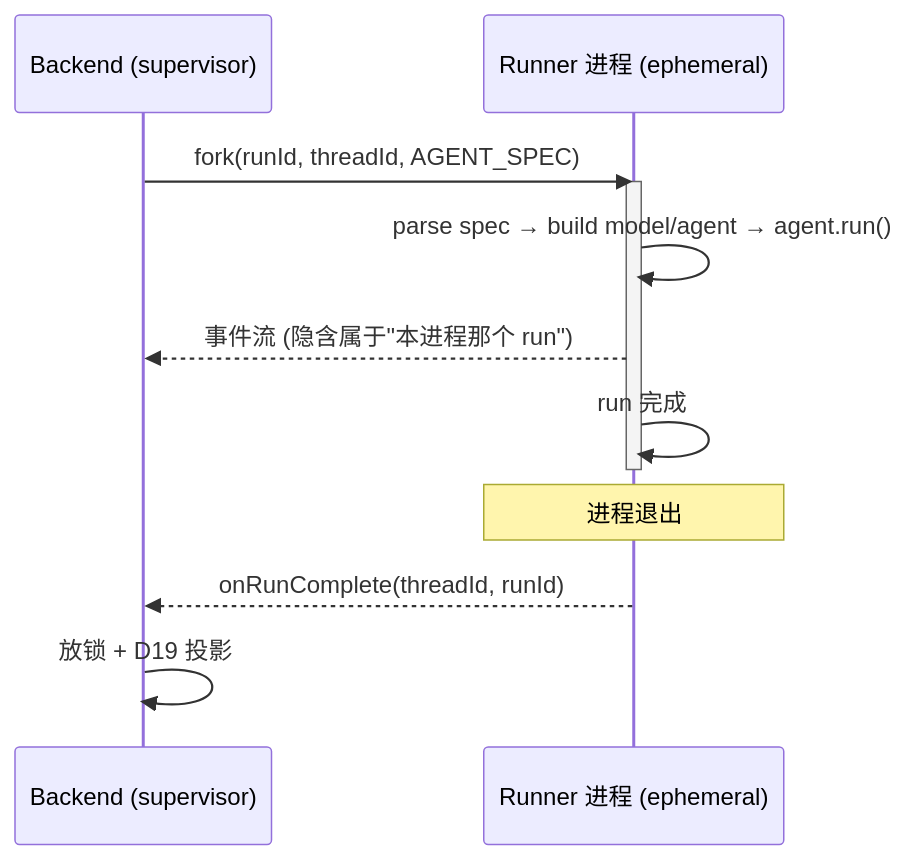
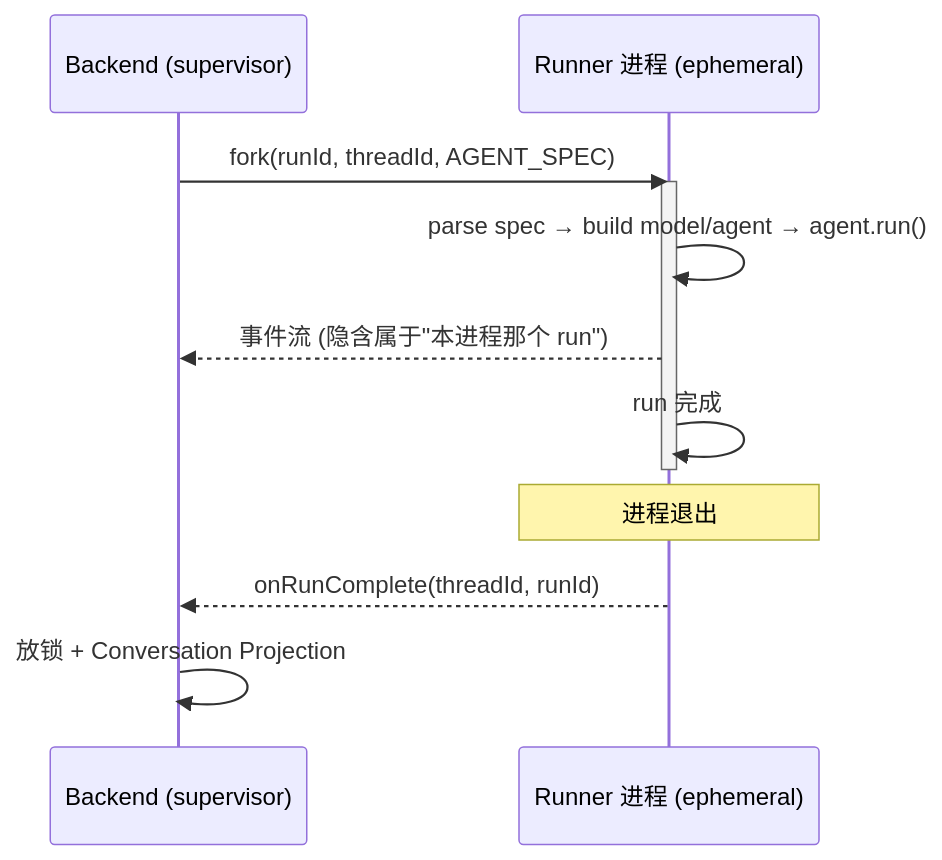
Before and after one commit to Chengchcc/my-agent-team: the first of 2 diagrams in docs/architecture/16-resident-runner.md, drawn with Mermaid. The commit also changed other lines of this file and 8 other files, not shown here.

First line of the commit message:
docs: D19→Conversation Projection — wiki-first naming, ban D-numbers from arch docs

````diff
--- a/docs/architecture/16-resident-runner.md
+++ b/docs/architecture/16-resident-runner.md
@@ -17,14 +17,14 @@
 ```mermaid
 sequenceDiagram
   participant B as Backend (supervisor)
   participant P as Runner 进程 (ephemeral)
   B->>P: fork(runId, threadId, AGENT_SPEC)  # 启动 = 注入 spec
   activate P
   P->>P: parse spec → build model/agent → agent.run()
   P-->>B: 事件流 (隐含属于"本进程那个 run")
   P->>P: run 完成
   deactivate P
   Note over P: 进程退出
   P-->>B: onRunComplete(threadId, runId)  # 退出 == turn 结束
-  B->>B: 放锁 + D19 投影
+  B->>B: 放锁 + Conversation Projection
 ```
````
